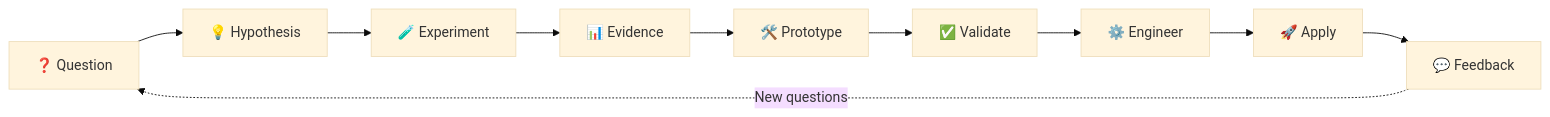
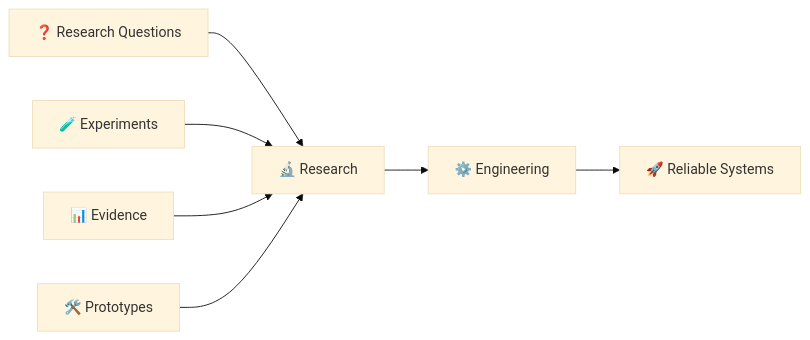
Before and after one commit to Muhammad-Riyan1/Muhammad-Riyan1: the fourth of 8 diagrams in README.md, drawn with Mermaid (base theme). The commit also changed other lines of this file, not shown here.

````diff
--- a/README.md
+++ b/README.md
@@ -300,22 +254,17 @@
-```mermaid
+```mermaid id="research01"
 flowchart LR
 
-    Q["❓ Question"]
-    --> H["💡 Hypothesis"]
+    QUESTION["❓ Research Questions"]
+    EXP["🧪 Experiments"]
+    EVIDENCE["📊 Evidence"]
+    PROTO["🛠️ Prototypes"]
 
-    H --> EX["🧪 Experiment"]
+    QUESTION --> RESEARCH["🔬 Research"]
+    EXP --> RESEARCH
+    EVIDENCE --> RESEARCH
+    PROTO --> RESEARCH
 
-    EX --> EV["📊 Evidence"]
+    RESEARCH --> ENG["⚙️ Engineering"]
 
-    EV --> PROTO["🛠️ Prototype"]
-
-    PROTO --> TEST["✅ Validate"]
-
-    TEST --> ENG["⚙️ Engineer"]
-
-    ENG --> DEPLOY["🚀 Apply"]
-
-    DEPLOY --> FB["💬 Feedback"]
-
-    FB -. "New questions" .-> Q
+    ENG --> SYSTEM["🚀 Reliable Systems"]
 ```
````
